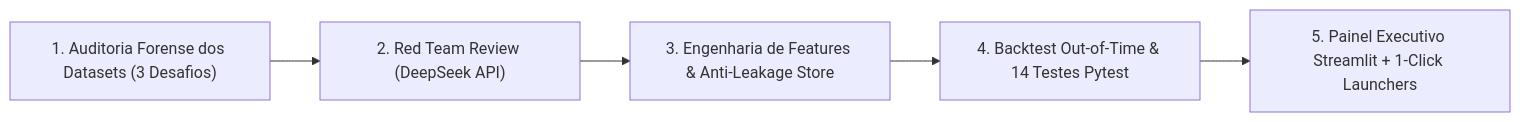
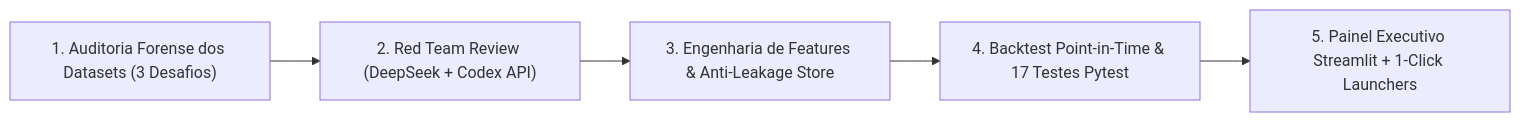
Before and after one commit to Gestao-Quatro-Ponto-Zero/ai-master-challenge: the diagram in submissions/arthur-lima/PROCESS_LOG.md, drawn with Mermaid. The commit also changed other lines of this file and 13 other files, not shown here.

Commit message:
fix(submission): address adversarial pre-submission audit findings (anti-leakage point-in-time cohort, baseline alignment, continuous survival curve)

````diff
--- a/submissions/arthur-lima/PROCESS_LOG.md
+++ b/submissions/arthur-lima/PROCESS_LOG.md
@@ -26,7 +27,7 @@
 ```mermaid
 flowchart LR
-    A["1. Auditoria Forense dos Datasets (3 Desafios)"] --> B["2. Red Team Review (DeepSeek API)"]
+    A["1. Auditoria Forense dos Datasets (3 Desafios)"] --> B["2. Red Team Review (DeepSeek + Codex API)"]
     B --> C["3. Engenharia de Features & Anti-Leakage Store"]
-    C --> D["4. Backtest Out-of-Time & 14 Testes Pytest"]
+    C --> D["4. Backtest Point-in-Time & 17 Testes Pytest"]
     D --> E["5. Painel Executivo Streamlit + 1-Click Launchers"]
 ```
````
